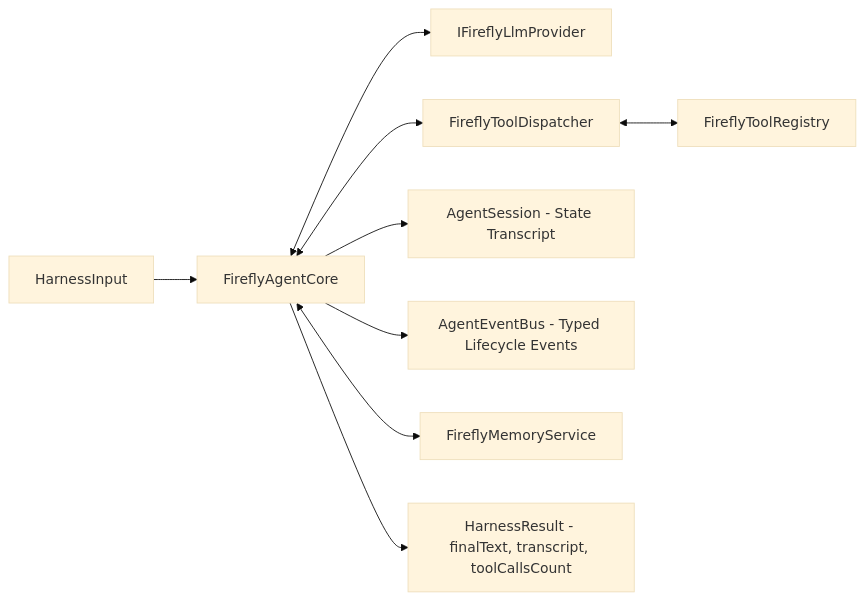
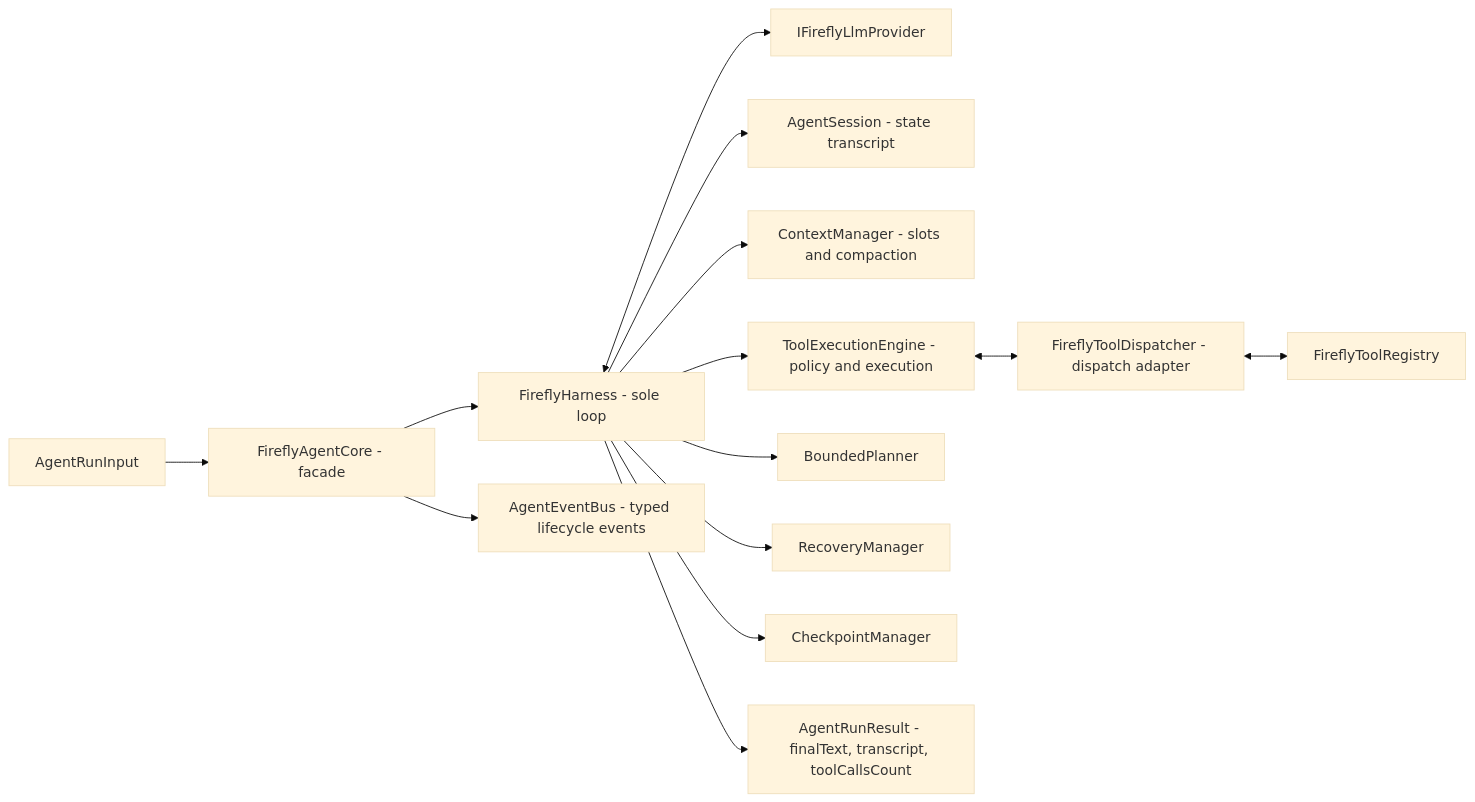
Before and after one commit to Serendipity-wu02/Firefly_Agent: the second of 4 diagrams in docs/architecture/firefly-agent-architecture.md, drawn with Mermaid (base theme). The commit also changed other lines of this file and 125 other files, not shown here.

````diff
--- a/docs/architecture/firefly-agent-architecture.md
+++ b/docs/architecture/firefly-agent-architecture.md
@@ -29,11 +30,16 @@
 ```mermaid
 flowchart LR
-    UserInput[HarnessInput] --> AgentCore[FireflyAgentCore]
-    AgentCore <--> Provider[IFireflyLlmProvider]
-    AgentCore <--> Dispatcher[FireflyToolDispatcher]
+    UserInput[AgentRunInput] --> AgentCore[FireflyAgentCore - facade]
+    AgentCore --> Harness[FireflyHarness - sole loop]
+    Harness <--> Provider[IFireflyLlmProvider]
+    Harness --> Session[AgentSession - state transcript]
+    Harness --> Context[ContextManager - slots and compaction]
+    Harness --> Engine[ToolExecutionEngine - policy and execution]
+    Engine <--> Dispatcher[FireflyToolDispatcher - dispatch adapter]
     Dispatcher <--> Tools[FireflyToolRegistry]
-    AgentCore --> Session[AgentSession - State Transcript]
-    AgentCore --> EventBus[AgentEventBus - Typed Lifecycle Events]
-    AgentCore <--> Memory[FireflyMemoryService]
-    AgentCore --> Result[HarnessResult - finalText, transcript, toolCallsCount]
+    Harness --> Planning[BoundedPlanner]
+    Harness --> Recovery[RecoveryManager]
+    Harness --> Checkpoint[CheckpointManager]
+    AgentCore --> EventBus[AgentEventBus - typed lifecycle events]
+    Harness --> Result[AgentRunResult - finalText, transcript, toolCallsCount]
 ```
````
